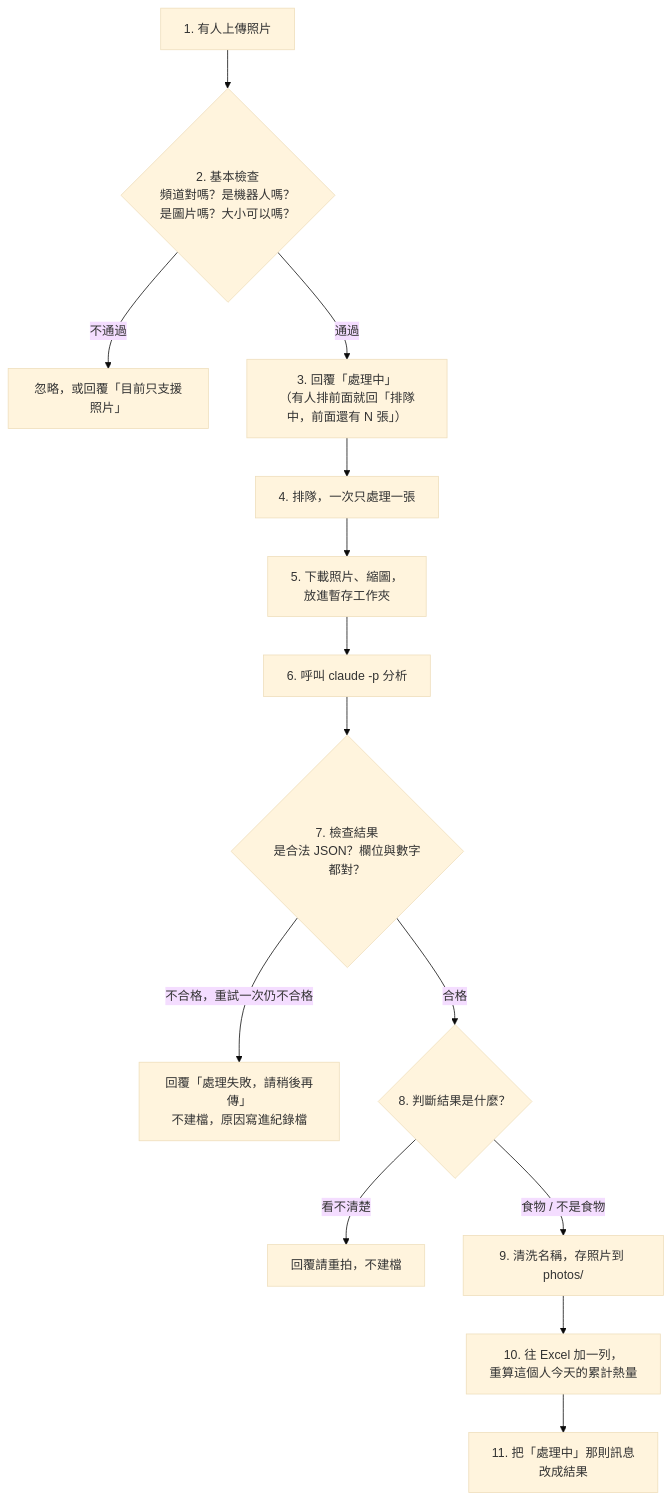
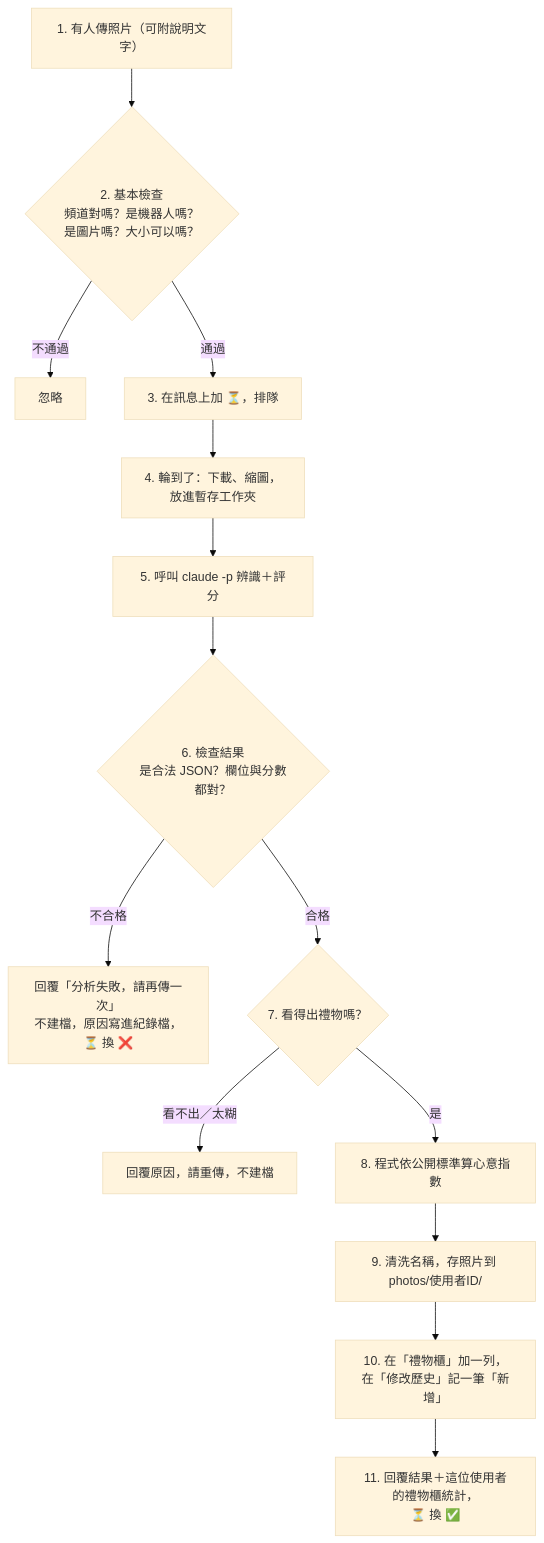
One commit to yhh-128/food128 changed the second of 3 diagrams in docs/architecture.md. Above: the diagram before and after it, drawn with Mermaid (base theme). The commit also changed other lines of this file and 6 other files, not shown here.

Commit message:
Switch docs to gift-agent: requirements, architecture, setup guides

````diff
--- a/docs/architecture.md
+++ b/docs/architecture.md
@@ -141,16 +151,16 @@
 ```mermaid
 flowchart TD
-    A["1. 有人上傳照片"] --> B{"2. 基本檢查<br/>頻道對嗎？是機器人嗎？<br/>是圖片嗎？大小可以嗎？"}
-    B -->|"不通過"| B1["忽略，或回覆「目前只支援照片」"]
-    B -->|"通過"| C["3. 回覆「處理中」<br/>（有人排前面就回「排隊中，前面還有 N 張」）"]
-    C --> D["4. 排隊，一次只處理一張"]
-    D --> E["5. 下載照片、縮圖，<br/>放進暫存工作夾"]
-    E --> F["6. 呼叫 claude -p 分析"]
-    F --> G{"7. 檢查結果<br/>是合法 JSON？欄位與數字都對？"}
-    G -->|"不合格，重試一次仍不合格"| G1["回覆「處理失敗，請稍後再傳」<br/>不建檔，原因寫進紀錄檔"]
-    G -->|"合格"| H{"8. 判斷結果是什麼？"}
-    H -->|"看不清楚"| H1["回覆請重拍，不建檔"]
-    H -->|"食物 / 不是食物"| I["9. 清洗名稱，存照片到 photos/"]
-    I --> J["10. 往 Excel 加一列，<br/>重算這個人今天的累計熱量"]
-    J --> K["11. 把「處理中」那則訊息<br/>改成結果"]
+    A["1. 有人傳照片（可附說明文字）"] --> B{"2. 基本檢查<br/>頻道對嗎？是機器人嗎？<br/>是圖片嗎？大小可以嗎？"}
+    B -->|"不通過"| B1["忽略"]
+    B -->|"通過"| C["3. 在訊息上加 ⏳，排隊"]
+    C --> D["4. 輪到了：下載、縮圖，<br/>放進暫存工作夾"]
+    D --> E["5. 呼叫 claude -p 辨識＋評分"]
+    E --> F{"6. 檢查結果<br/>是合法 JSON？欄位與分數都對？"}
+    F -->|"不合格"| F1["回覆「分析失敗，請再傳一次」<br/>不建檔，原因寫進紀錄檔，⏳ 換 ❌"]
+    F -->|"合格"| G{"7. 看得出禮物嗎？"}
+    G -->|"看不出／太糊"| G1["回覆原因，請重傳，不建檔"]
+    G -->|"是"| H["8. 程式依公開標準算心意指數"]
+    H --> I["9. 清洗名稱，存照片到 photos/使用者ID/"]
+    I --> J["10. 在「禮物櫃」加一列，<br/>在「修改歷史」記一筆「新增」"]
+    J --> K["11. 回覆結果＋這位使用者的禮物櫃統計，<br/>⏳ 換 ✅"]
 ```
````
